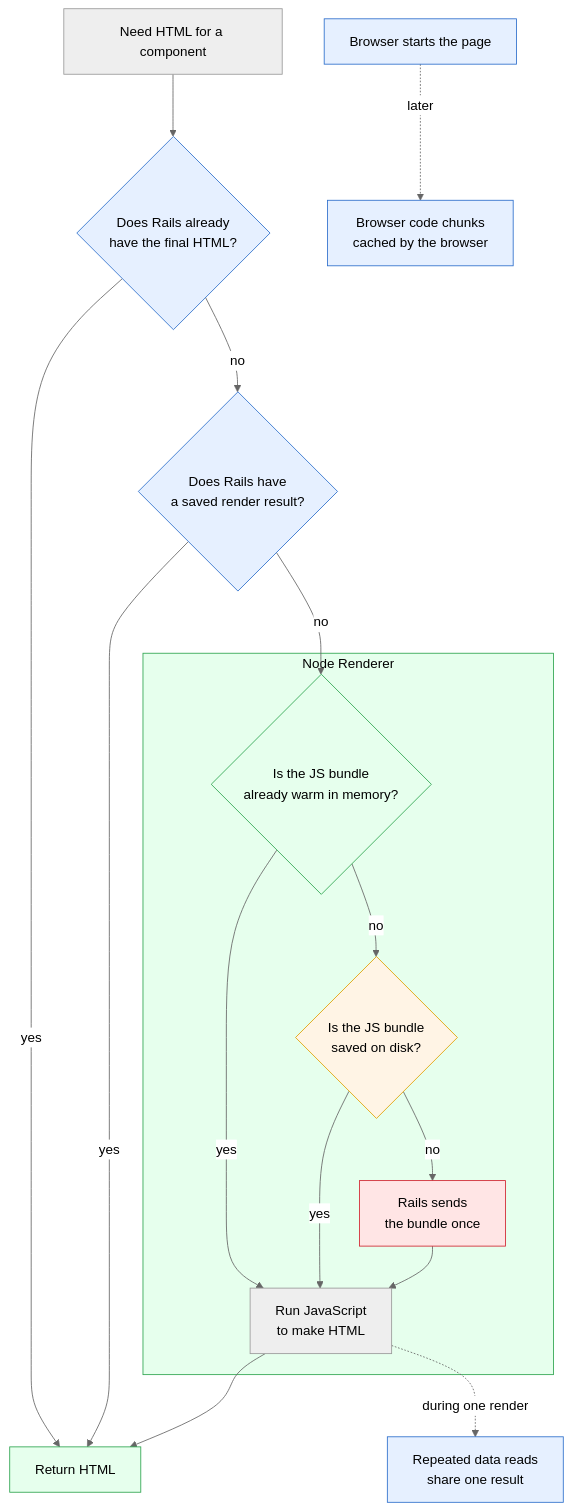
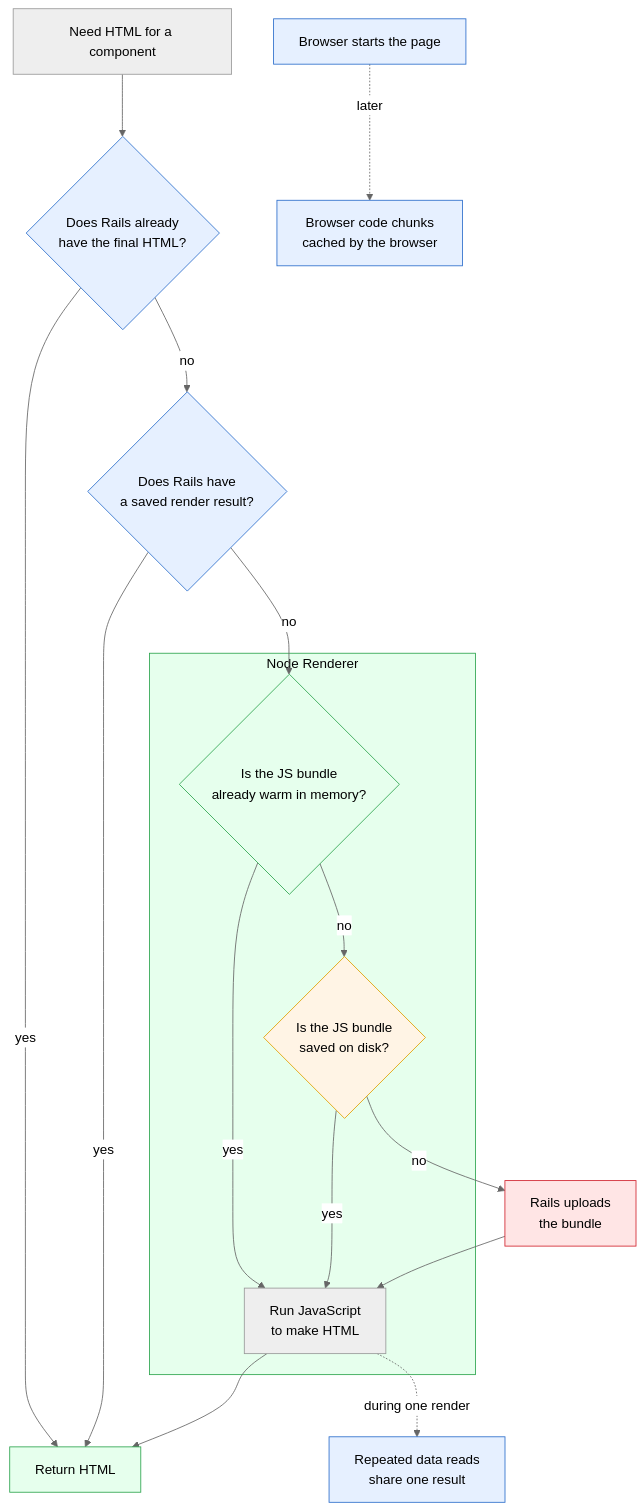
The third of 5 diagrams in docs/pro/node-renderer.md (shakacode/react_on_rails), drawn with Mermaid (neutral theme) before and after one commit. The commit also changed other lines of this file and 1 other file, not shown here.

Commit message:
docs(pro): polish node renderer diagrams

````diff
--- a/docs/pro/node-renderer.md
+++ b/docs/pro/node-renderer.md
@@ -101,29 +105,29 @@
 ```mermaid
 flowchart TB
     Req["Need HTML for a component"] --> L1{"Does Rails already<br/>have the final HTML?"}
     L1 -- "yes" --> Done["Return HTML"]
     L1 -- "no" --> L2{"Does Rails have<br/>a saved render result?"}
     L2 -- "yes" --> Done
     L2 -- "no" --> L3
     subgraph Renderer["Node Renderer"]
         L3{"Is the JS bundle<br/>already warm in memory?"}
         L3 -- "yes" --> Exec["Run JavaScript<br/>to make HTML"]
         L3 -- "no" --> L4{"Is the JS bundle<br/>saved on disk?"}
         L4 -- "yes" --> Exec
-        L4 -- "no" --> Upload["Rails sends<br/>the bundle once"]
-        Upload --> Exec
     end
+    L4 -- "no" --> Upload["Rails uploads<br/>the bundle"]
+    Upload --> Exec
     Exec --> Done
     Exec -. "during one render" .-> L5["Repeated data reads<br/>share one result"]
     Browser["Browser starts the page"] -. "later" .-> L6["Browser code chunks<br/>cached by the browser"]
     style L1 fill:#e6f0ff,stroke:#2c6ecb,color:#000
     style L2 fill:#e6f0ff,stroke:#2c6ecb,color:#000
     style Done fill:#e6ffed,stroke:#2da44e,color:#000
     style Renderer fill:#e6ffed,stroke:#2da44e,color:#000
     style L3 fill:#e6ffed,stroke:#2da44e,color:#000
     style L4 fill:#fff4e5,stroke:#e0a000,color:#000
     style Upload fill:#ffe5e5,stroke:#d1242f,color:#000
     style Browser fill:#e6f0ff,stroke:#2c6ecb,color:#000
     style L5 fill:#e6f0ff,stroke:#2c6ecb,color:#000
     style L6 fill:#e6f0ff,stroke:#2c6ecb,color:#000
 ```
````
